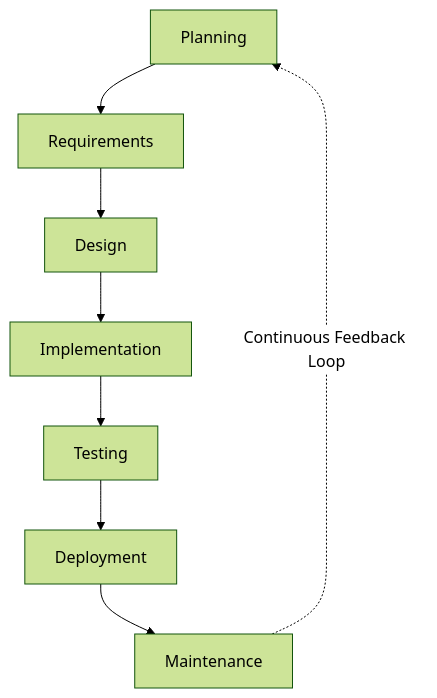
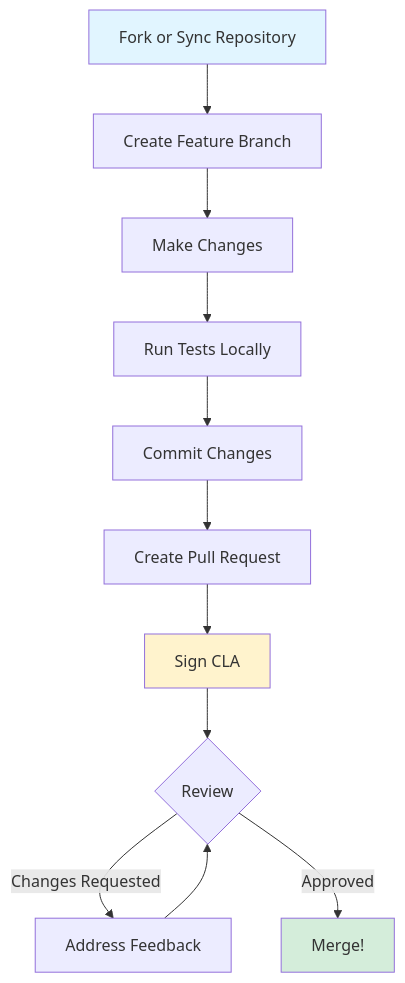
The diagram in docs/en/workflows/development.md (ultralytics/handbook), drawn with Mermaid before and after one commit. The commit also changed other lines of this file, not shown here.

````diff
--- a/docs/en/workflows/development.md
+++ b/docs/en/workflows/development.md
@@ -281,12 +25,17 @@
 ```mermaid
-%%{init: {'theme': 'forest', 'themeVariables': {'primaryColor': '#01579b', 'edgeLabelBackground':'#ffffff', 'tertiaryColor': '#e1f5fe'}}}%%
+flowchart TD
+    A[Fork or Sync Repository] --> B[Create Feature Branch]
+    B --> C[Make Changes]
+    C --> D[Run Tests Locally]
+    D --> E[Commit Changes]
+    E --> F[Create Pull Request]
+    F --> G[Sign CLA]
+    G --> H{Review}
+    H -->|Changes Requested| I[Address Feedback]
+    I --> H
+    H -->|Approved| J[Merge!]
 
-flowchart TD
-    A[Planning] --> B[Requirements]
-    B --> C[Design]
-    C --> D[Implementation]
-    D --> E[Testing]
-    E --> F[Deployment]
-    F --> G[Maintenance]
-    G -.->|Continuous Feedback Loop| A
+    style A fill:#e1f5ff
+    style J fill:#d4edda
+    style G fill:#fff3cd
 ```
````
